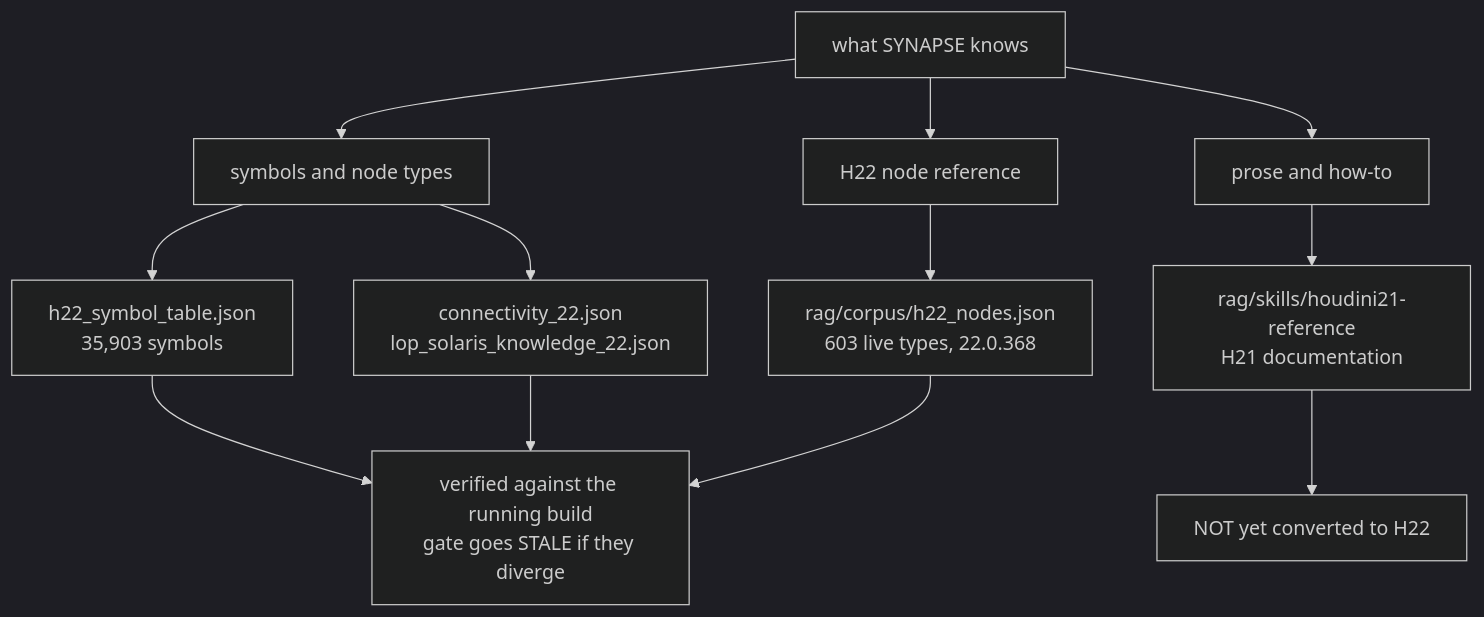
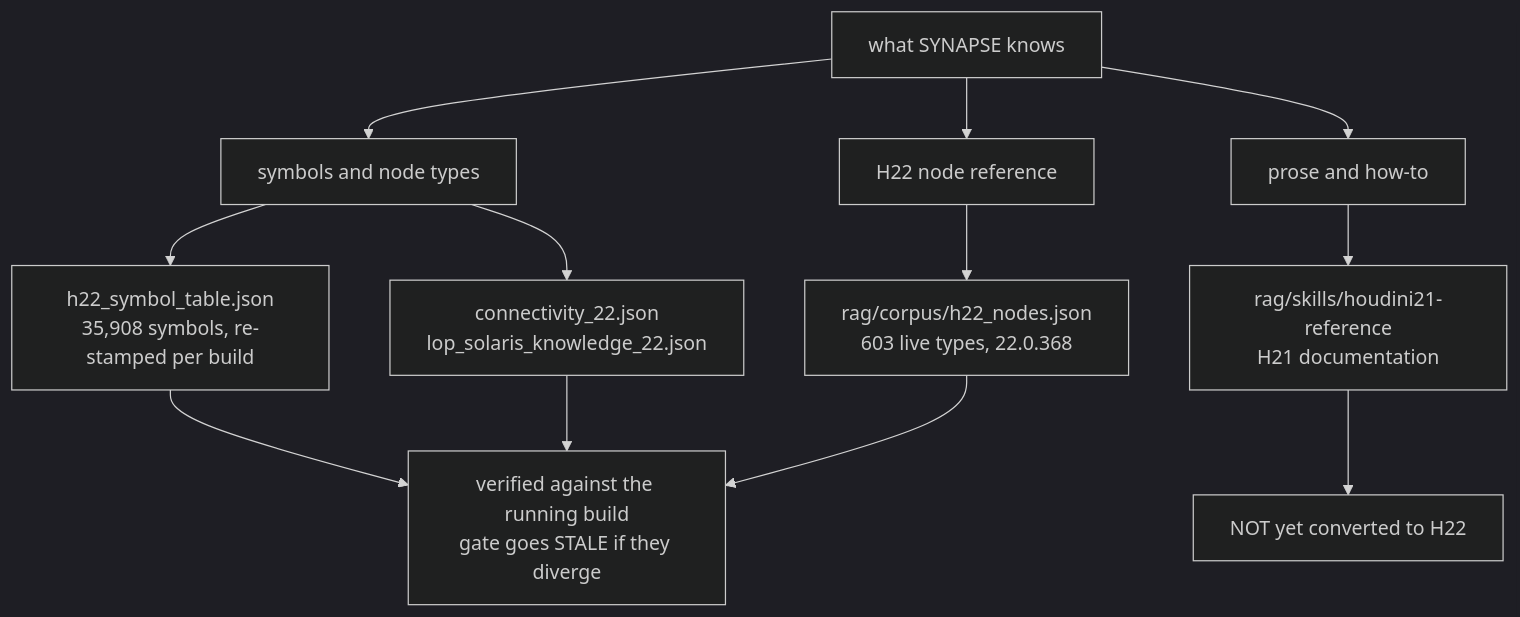
One commit to JosephOIbrahim/Synapse changed the second of 5 diagrams in README.md. Above: the diagram before and after it, drawn with Mermaid (dark theme). The commit also changed other lines of this file, not shown here.

First line of the commit message:
docs(readme): v5.42.0 refresh — receipts, the volume finding, first live rows (ADHD-friendly per house convention)

````diff
--- a/README.md
+++ b/README.md
@@ -43,14 +43,14 @@
 ```mermaid
 flowchart TD
     K[what SYNAPSE knows] --> S[symbols and node types]
     K --> N[H22 node reference]
     K --> P[prose and how-to]
-    S --> S1["h22_symbol_table.json<br/>35,903 symbols"]
+    S --> S1["h22_symbol_table.json<br/>35,908 symbols, re-stamped per build"]
     S --> S2["connectivity_22.json<br/>lop_solaris_knowledge_22.json"]
     N --> N1["rag/corpus/h22_nodes.json<br/>603 live types, 22.0.368"]
     P --> P1["rag/skills/houdini21-reference<br/>H21 documentation"]
     S1 --> OK["verified against the running build<br/>gate goes STALE if they diverge"]
     S2 --> OK
     N1 --> OK
     P1 --> GAP["NOT yet converted to H22"]
 ```
````
